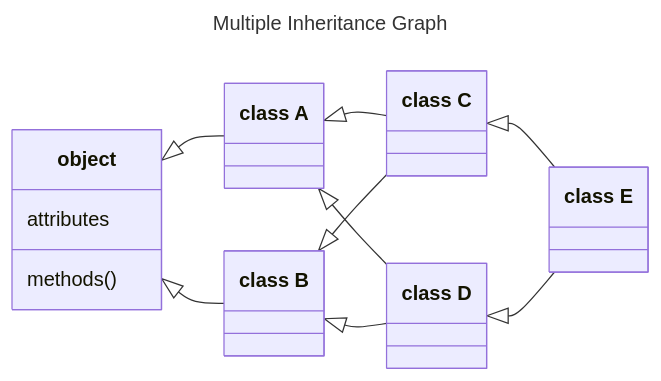
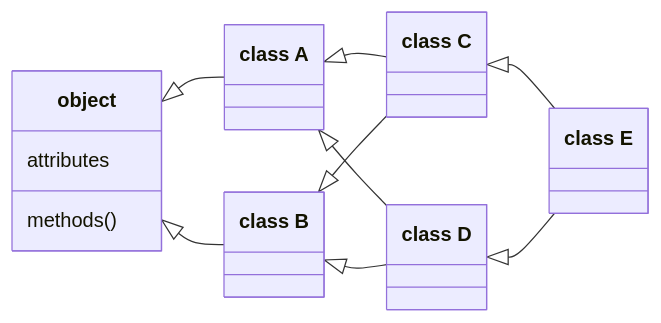
The second of 3 diagrams in _posts/2022-11-19-inheritance.md (IdioticProgramApe/IdioticProgramApe.github.io), drawn with Mermaid before and after one commit. The commit also changed other lines of this file and 1 other file, not shown here.

Commit message:
remove graph titles, seems conflicts with Jekyll

````diff
--- a/_posts/2022-11-19-inheritance.md
+++ b/_posts/2022-11-19-inheritance.md
@@ -94,28 +90,24 @@
 ```mermaid
----
-title: Multiple Inheritance Graph
----
-
 classDiagram
 	direction LR
 	
 	class O["object"]{
 		attributes
 		methods()
 	}
 
 	class A["class A"]
 	class B["class B"]
 	class C["class C"]
 	class D["class D"]
 	class E["class E"]
 	
 	O <|-- A
 	O <|-- B
     A <|-- C
     A <|-- D
     B <|-- C
     B <|-- D
     C <|-- E
     D <|-- E
 ```
````
